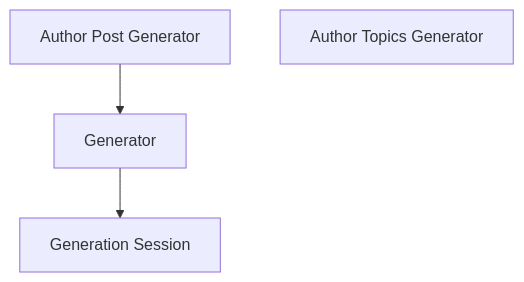
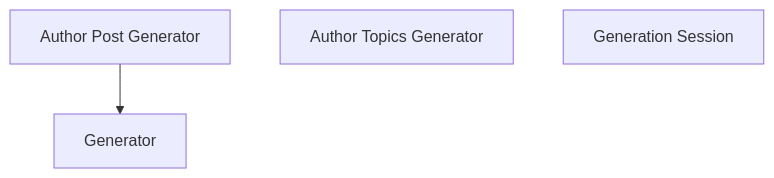
The second of 10 diagrams in docs/feature-report.md (rpnunez/wp-ai-scheduler), drawn with Mermaid before and after one commit. The commit also changed other lines of this file, not shown here.

````diff
--- a/docs/feature-report.md
+++ b/docs/feature-report.md
@@ -99,16 +99,15 @@
 ```mermaid
 flowchart TD
     %% Core Generation Architecture
 
     Author_Post_Generator["Author Post Generator"]
     Author_Topics_Generator["Author Topics Generator"]
     Generation_Session["Generation Session"]
     Generator["Generator"]
 
     Author_Post_Generator --> Generator
-    Generator --> Generation_Session
 
     classDef repository fill:#e1f5ff,stroke:#01579b,stroke-width:2px
     classDef service fill:#fff3e0,stroke:#e65100,stroke-width:2px
     classDef controller fill:#f3e5f5,stroke:#4a148c,stroke-width:2px
 ```
````
